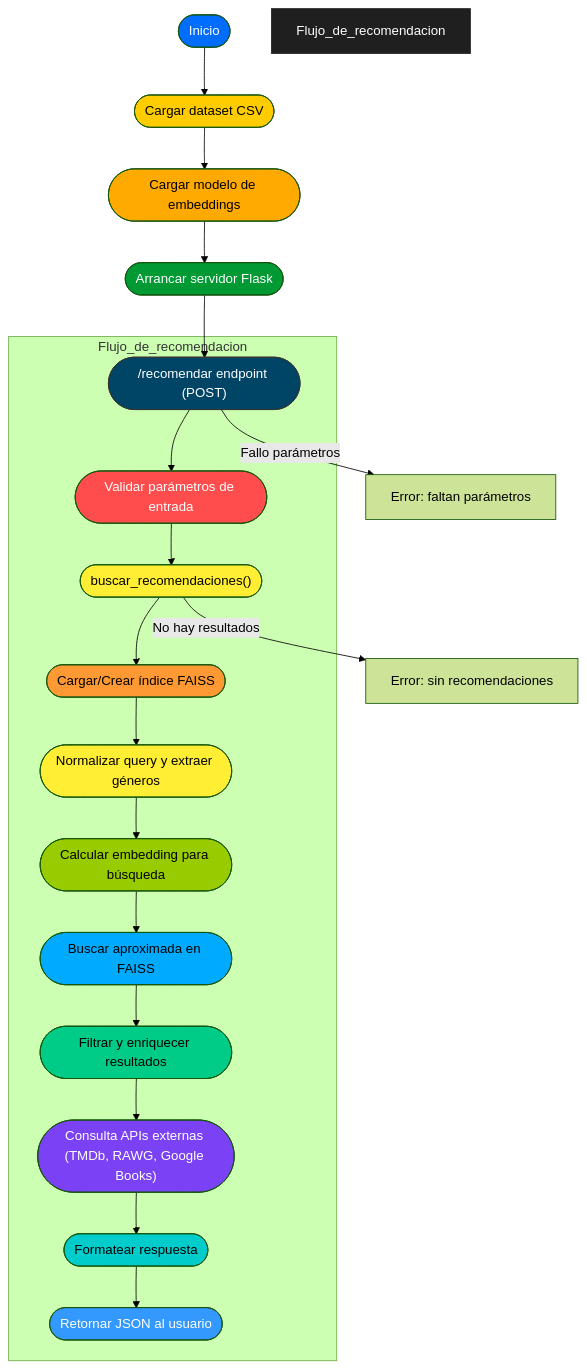
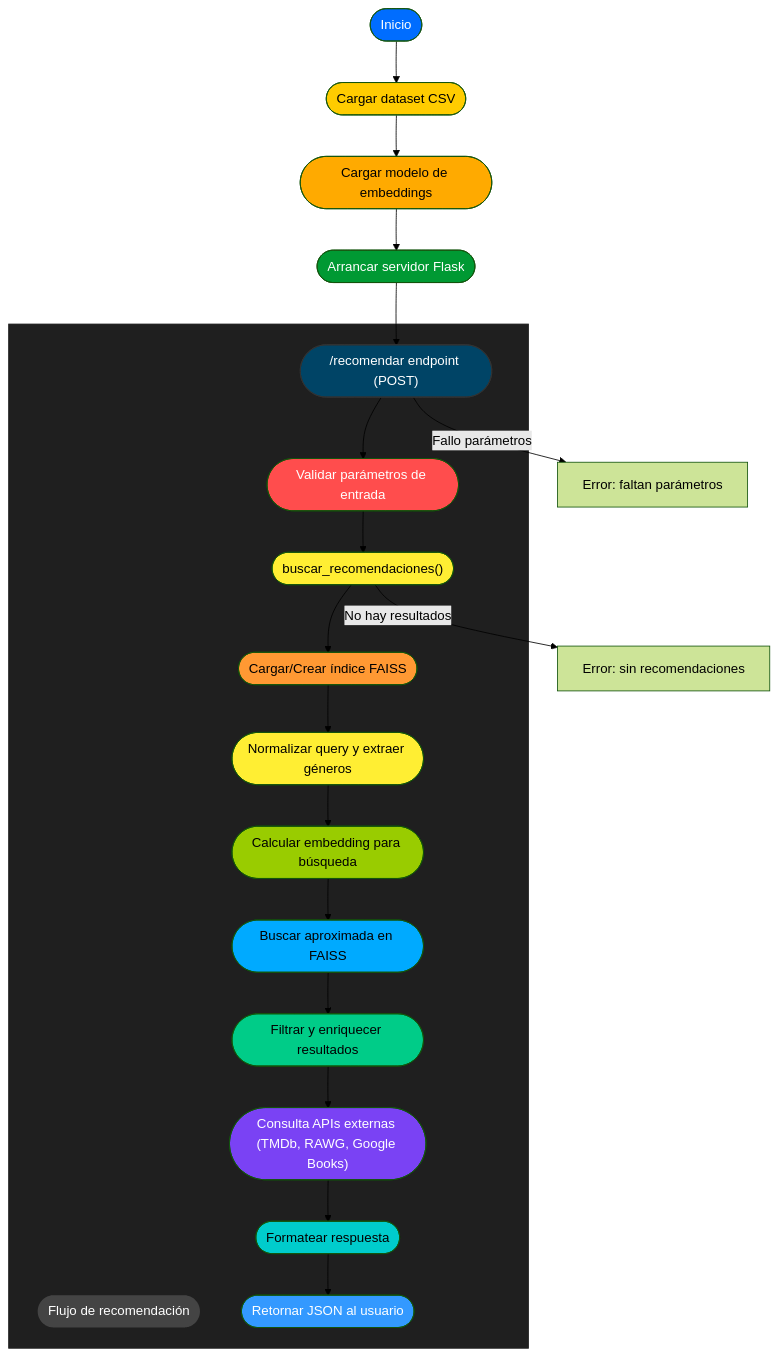
One commit to GerardoBlazquez/Sistema-de-Recomendaciones-Cruzadas changed the diagram in README.md. Above: the diagram before and after it, drawn with Mermaid (forest theme).

````diff
--- a/README.md
+++ b/README.md
@@ -45,50 +45,54 @@
 ```mermaid
 flowchart TD
     INICIO([Inicio])
     LOAD_DATASET(["Cargar dataset CSV"])
     LOAD_MODEL(["Cargar modelo de embeddings"])
     START_FLASK(["Arrancar servidor Flask"])
     RECOMENDAR_ENDPOINT(["/recomendar endpoint (POST)"])
 
     INICIO --> LOAD_DATASET
     LOAD_DATASET --> LOAD_MODEL
     LOAD_MODEL --> START_FLASK
     START_FLASK --> RECOMENDAR_ENDPOINT
 
-    subgraph "            Flujo_de_recomendacion"
-        RECOMENDAR_ENDPOINT --> VALIDA_PARAMS(["Validar parámetros de entrada"])
-        VALIDA_PARAMS --> BUSCA_RECOMENDACIONES(["buscar_recomendaciones()"])
-        BUSCA_RECOMENDACIONES --> DATOS_INDEX(["Cargar/Crear índice FAISS"])
-        DATOS_INDEX --> NORMALIZA_QUERY(["Normalizar query y extraer géneros"])
-        NORMALIZA_QUERY --> CALC_EMBEDDING(["Calcular embedding para búsqueda"])
-        CALC_EMBEDDING --> FAISS_SEARCH(["Buscar aproximada en FAISS"])
-        FAISS_SEARCH --> FILTRA_RESULTADOS(["Filtrar y enriquecer resultados"])
-        FILTRA_RESULTADOS --> EXTERNAL_API(["Consulta APIs externas (TMDb, RAWG, Google Books)"])
-        EXTERNAL_API --> FORMATEA_RESPONSE(["Formatear respuesta"])
-        FORMATEA_RESPONSE --> RETURN_JSON(["Retornar JSON al usuario"])
-    end
+   subgraph Flujo_de_recomendacion[" "]
+    TITULO(["Flujo de recomendación"]):::titulo
+
+    RECOMENDAR_ENDPOINT --> VALIDA_PARAMS(["Validar parámetros de entrada"])
+    VALIDA_PARAMS --> BUSCA_RECOMENDACIONES(["buscar_recomendaciones()"])
+    BUSCA_RECOMENDACIONES --> DATOS_INDEX(["Cargar/Crear índice FAISS"])
+    DATOS_INDEX --> NORMALIZA_QUERY(["Normalizar query y extraer géneros"])
+    NORMALIZA_QUERY --> CALC_EMBEDDING(["Calcular embedding para búsqueda"])
+    CALC_EMBEDDING --> FAISS_SEARCH(["Buscar aproximada en FAISS"])
+    FAISS_SEARCH --> FILTRA_RESULTADOS(["Filtrar y enriquecer resultados"])
+    FILTRA_RESULTADOS --> EXTERNAL_API(["Consulta APIs externas (TMDb, RAWG, Google Books)"])
+    EXTERNAL_API --> FORMATEA_RESPONSE(["Formatear respuesta"])
+    FORMATEA_RESPONSE --> RETURN_JSON(["Retornar JSON al usuario"])
+end
+
+classDef titulo fill:#444444,color:#ffffff,stroke:none;
 
     RECOMENDAR_ENDPOINT -->|Fallo parámetros| ERROR_PARAMS["Error: faltan parámetros"]
     BUSCA_RECOMENDACIONES -->|No hay resultados| ERROR_NO_RESULTS["Error: sin recomendaciones"]
 
     %% Estilos con más contraste
     style INICIO fill:#006dff,color:#ffffff
     style LOAD_DATASET fill:#ffcc00,color:#000000
     style LOAD_MODEL fill:#ffaa00,color:#000000
     style START_FLASK fill:#009933,color:#ffffff
     style RECOMENDAR_ENDPOINT fill:#004466,stroke:#333,color:#ffffff
 
     style VALIDA_PARAMS fill:#ff4d4d,color:#ffffff
     style BUSCA_RECOMENDACIONES fill:#ffee33,color:#000000
     style DATOS_INDEX fill:#ff9933,color:#000000
     style NORMALIZA_QUERY fill:#ffee33,color:#000000
     style CALC_EMBEDDING fill:#99cc00,color:#000000
     style FAISS_SEARCH fill:#00aaff,color:#000000
     style FILTRA_RESULTADOS fill:#00cc88,color:#000000
     style EXTERNAL_API fill:#7a42f4,color:#ffffff
     style FORMATEA_RESPONSE fill:#00cccc,color:#000000
     style RETURN_JSON fill:#3399ff,color:#ffffff
 
     %% Color del subgrafo
     style Flujo_de_recomendacion fill:#1f1f1f,stroke:#222222,color:#ffffff
 ```
````
